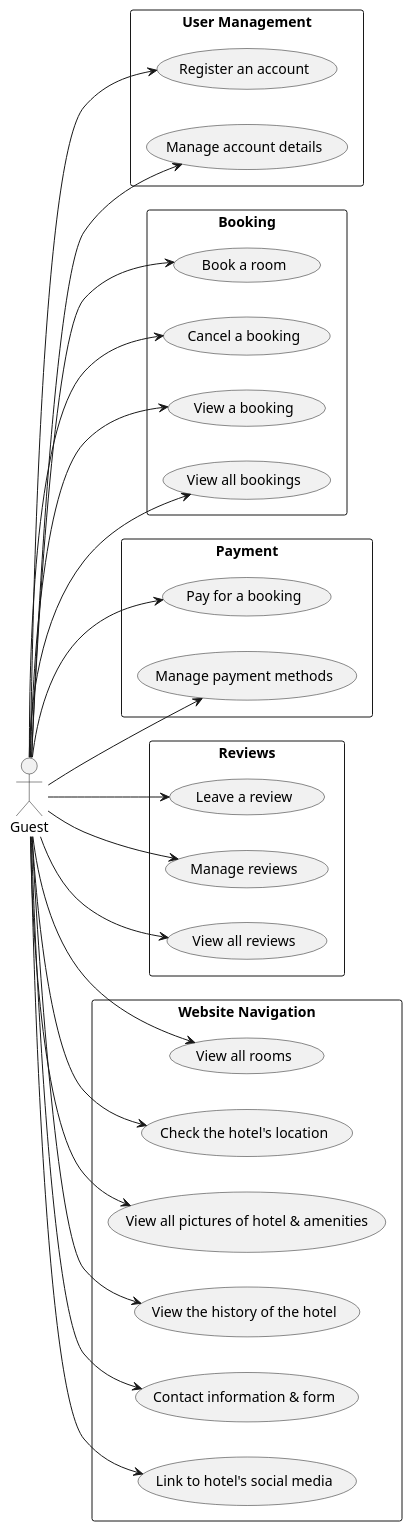
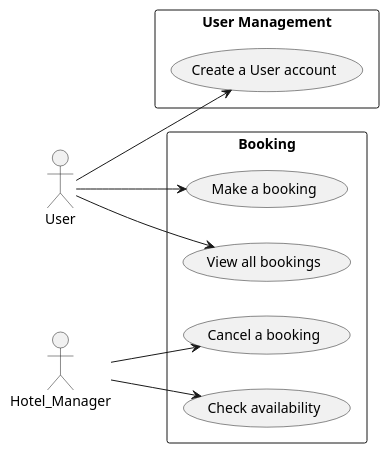
One commit to Marwerk/coyotiv-graduation-project changed the diagram in architecture/usecasev2.puml. Above: the diagram before and after it, drawn with PlantUML. The commit also changed 4 other files, not shown here.

Commit message:
Create and update UML Diagrams

```diff
--- a/architecture/usecasev2.puml
+++ b/architecture/usecasev2.puml
@@ -1,61 +1,29 @@
 @startuml Use Cases UML Diagram
 
 left to right direction
 
 skinparam Shadowing false
 skinparam Monochrome true
 skinparam PackageStyle rectangle
 
-actor Guest
+actor User
+actor Hotel_Manager
 
 package "User Management" {
-  usecase "Register an account" as UC1
-  usecase "Manage account details" as UC2
+  usecase "Create a User account" as UC1
 }
 
 package "Booking" {
-  usecase "Book a room" as UC3
+  usecase "Make a booking" as UC2
+  usecase "Check availability" as UC3
   usecase "Cancel a booking" as UC4
-  usecase "View a booking" as UC5
-  usecase "View all bookings" as UC6
+  usecase "View all bookings" as UC5
 }
 
-package "Payment" {
-  usecase "Pay for a booking" as UC7
-  usecase "Manage payment methods" as UC8
-}
-
-package "Reviews" {
-  usecase "Leave a review" as UC9
-  usecase "Manage reviews" as UC10
-  usecase "View all reviews" as UC11
-}
-
-package "Website Navigation" {
-  usecase "View all rooms" as UC12
-  usecase "Check the hotel's location" as UC13
-  usecase "View all pictures of hotel & amenities" as UC14
-  usecase "View the history of the hotel" as UC15
-  usecase "Contact information & form" as UC16
-  usecase "Link to hotel's social media" as UC17
-}
-
-Guest --> UC1
-Guest --> UC2
-Guest --> UC3
-Guest --> UC4
-Guest --> UC5
-Guest --> UC6
-Guest --> UC7
-Guest --> UC8
-Guest --> UC9
-Guest --> UC10
-Guest --> UC11
-Guest --> UC12
-Guest --> UC13
-Guest --> UC14
-Guest --> UC15
-Guest --> UC16
-Guest --> UC17
+User --> UC1
+User --> UC2
+Hotel_Manager --> UC3
+Hotel_Manager --> UC4
+User --> UC5
 
 @enduml
```
